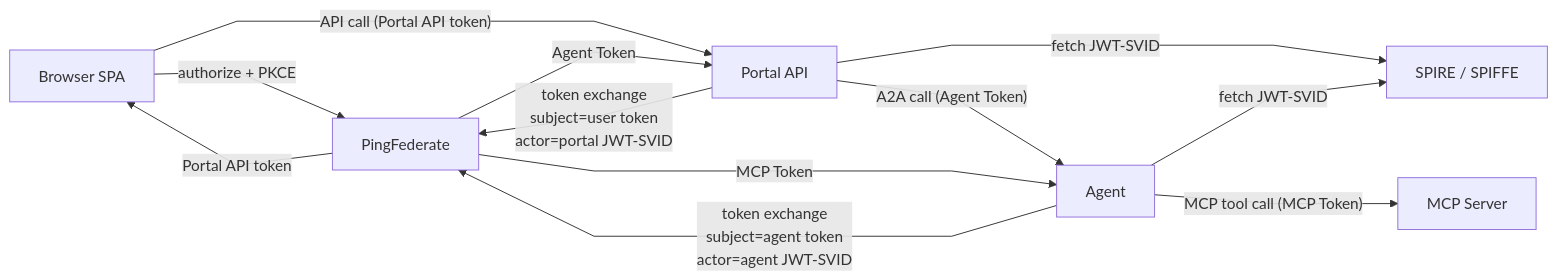
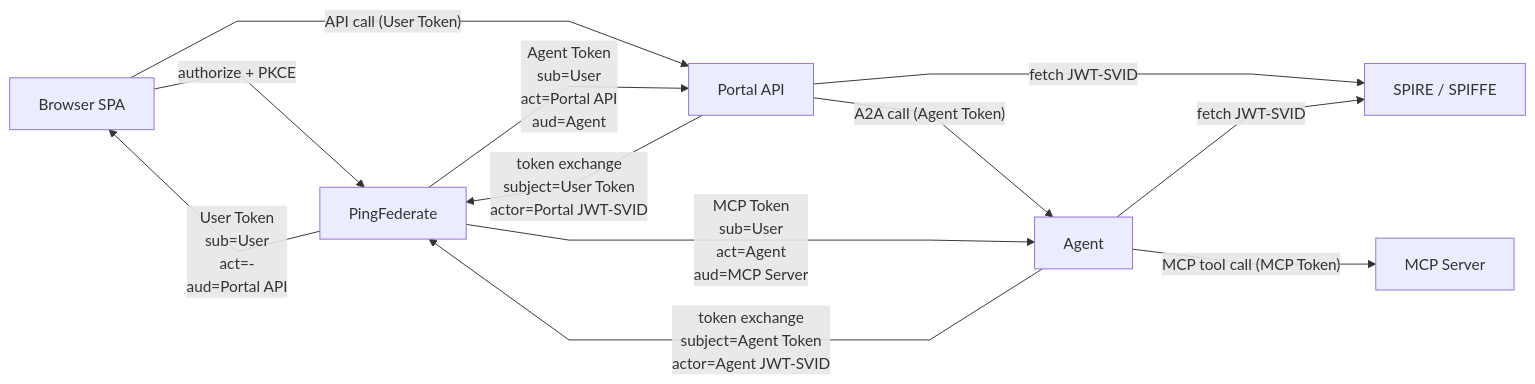
One commit to carbonefederico/blog-content changed the first of 2 diagrams in _posts/2026-06-30-spiffe-token-exchange-for-agent-workloads.md. Above: the diagram before and after it, drawn with Mermaid. The commit also changed other lines of this file, not shown here.

Commit message:
Publish ready articles from blogger-agent

````diff
--- a/_posts/2026-06-30-spiffe-token-exchange-for-agent-workloads.md
+++ b/_posts/2026-06-30-spiffe-token-exchange-for-agent-workloads.md
@@ -73,22 +75,22 @@
 ```mermaid
 %%{init: {'flowchart': {'curve': 'linear'}}}%%
 flowchart LR
     B["Browser SPA"]
     P["Portal API"]
     A["Agent"]
     M["MCP Server"]
     PF["PingFederate"]
     S["SPIRE / SPIFFE"]
 
     B -->|" authorize + PKCE "| PF
-    PF -->|" Portal API token "| B
-    B -->|" API call (Portal API token) "| P
+    PF -->|" User Token<br/>sub=User<br/>act=-<br/>aud=Portal API "| B
+    B -->|" API call (User Token) "| P
     P -->|" fetch JWT-SVID "| S
-    P -->|" token exchange<br/>subject=user token<br/>actor=portal JWT-SVID "| PF
-    PF -->|" Agent Token "| P
+    P -->|" token exchange<br/>subject=User Token<br/>actor=Portal JWT-SVID "| PF
+    PF -->|" Agent Token<br/>sub=User<br/>act=Portal API<br/>aud=Agent "| P
     P -->|" A2A call (Agent Token) "| A
     A -->|" fetch JWT-SVID "| S
-    A -->|" token exchange<br/>subject=agent token<br/>actor=agent JWT-SVID "| PF
-    PF -->|" MCP Token "| A
+    A -->|" token exchange<br/>subject=Agent Token<br/>actor=Agent JWT-SVID "| PF
+    PF -->|" MCP Token<br/>sub=User<br/>act=Agent<br/>aud=MCP Server "| A
     A -->|" MCP tool call (MCP Token) "| M
 ```
````
